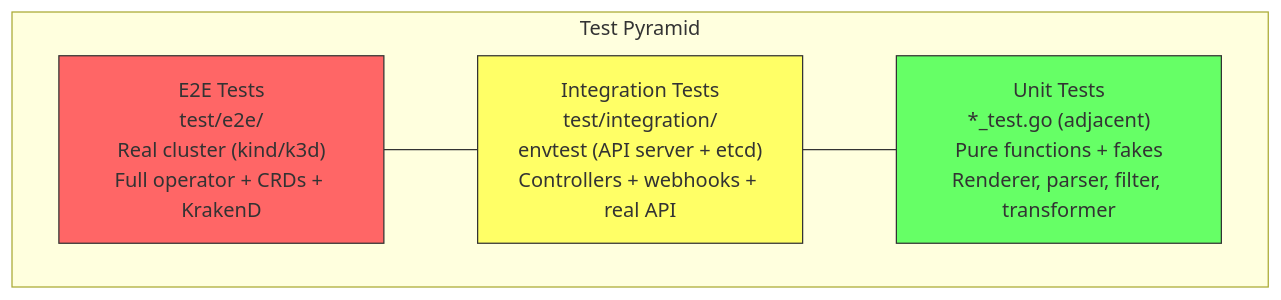
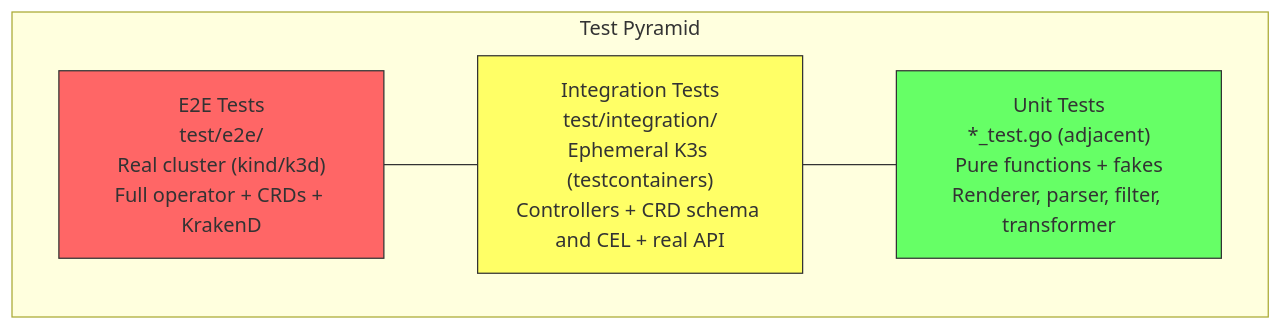
The tenth of 10 diagrams in architecture/application/application-architecture.md (MyCarrier-DevOps/KrakenD-Operator), drawn with Mermaid before and after one commit. The commit also changed other lines of this file, not shown here.

Commit message:
docs(application): fix the budget, override and integration suite claims

````diff
--- a/architecture/application/application-architecture.md
+++ b/architecture/application/application-architecture.md
@@ -2709,15 +2709,15 @@
 ```mermaid
 graph TB
     subgraph "Test Pyramid"
         E2E["E2E Tests<br/>test/e2e/<br/>Real cluster (kind/k3d)<br/>Full operator + CRDs + KrakenD"]
-        INT["Integration Tests<br/>test/integration/<br/>envtest (API server + etcd)<br/>Controllers + webhooks + real API"]
+        INT["Integration Tests<br/>test/integration/<br/>Ephemeral K3s (testcontainers)<br/>Controllers + CRD schema and CEL + real API"]
         UNIT["Unit Tests<br/>*_test.go (adjacent)<br/>Pure functions + fakes<br/>Renderer, parser, filter, transformer"]
     end
 
     E2E --- INT
     INT --- UNIT
 
     style UNIT fill:#6f6,stroke:#333
     style INT fill:#ff6,stroke:#333
     style E2E fill:#f66,stroke:#333
 ```
````
